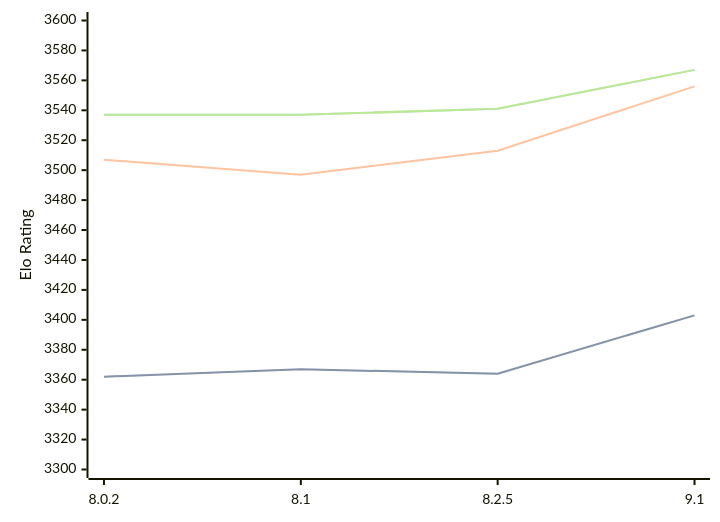
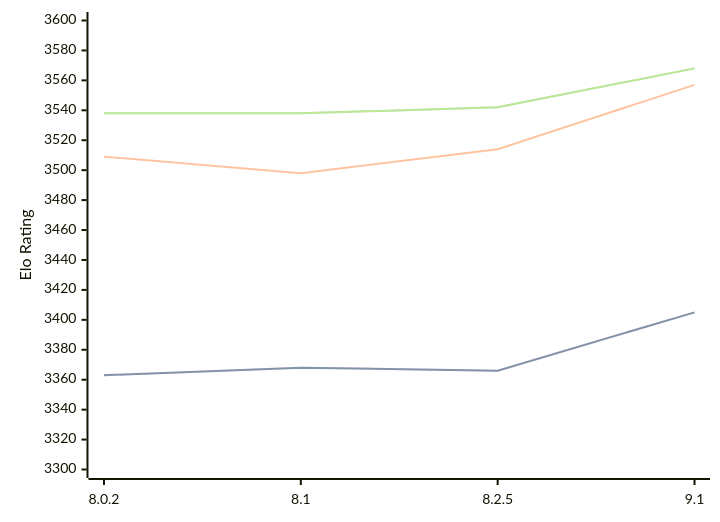
The diagram in engines/Clover.md (computer-chess-index/cci), drawn with Mermaid before and after one commit. The commit also changed other lines of this file, not shown here.

Commit message:
Update CCI Ratings (ELO VLTC) - 2026-03-29

````diff
--- a/engines/Clover.md
+++ b/engines/Clover.md
@@ -64,11 +64,11 @@
 ```mermaid
 %%{init: {"theme":"base","themeVariables":{"seriesColors:['#a3a3a3','#222221','#faa371']}}}%%
 xychart-beta
   x-axis ["8.0.2", "8.1", "8.2.5", "9.1"]
   y-axis "Elo Rating" 3300 --> 3600
-  line "STC (8.0+0.08s)" [3362, 3367, 3364, 3403]
-  line "STC (8.0+0.08s)" [3362, 3367, 3364, 3403]
-  line "LTC (60.0+0.60s)" [3507, 3497, 3513, 3556]
-  line "VLTC (2m24s+1.12s)" [3537, 3537, 3541, 3567]
-  line "VLTC (2m24s+1.12s)" [3537, 3537, 3541, 3567]
+  line "STC (8.0+0.08s)" [3363, 3368, 3366, 3405]
+  line "STC (8.0+0.08s)" [3363, 3368, 3366, 3405]
+  line "LTC (60.0+0.60s)" [3509, 3498, 3514, 3557]
+  line "VLTC (2m24s+1.12s)" [3538, 3538, 3542, 3568]
+  line "VLTC (2m24s+1.12s)" [3538, 3538, 3542, 3568]
 ```
````
